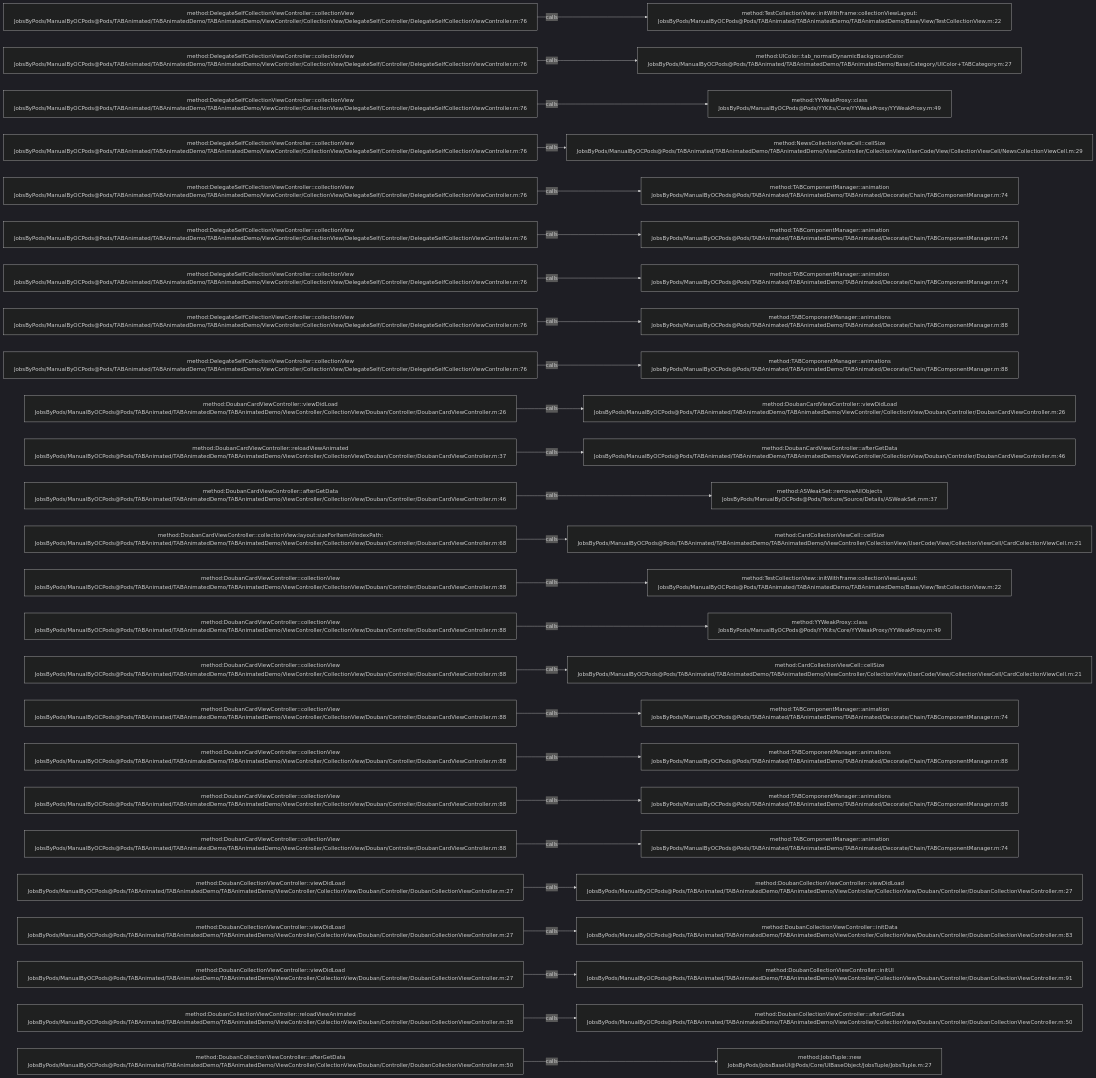
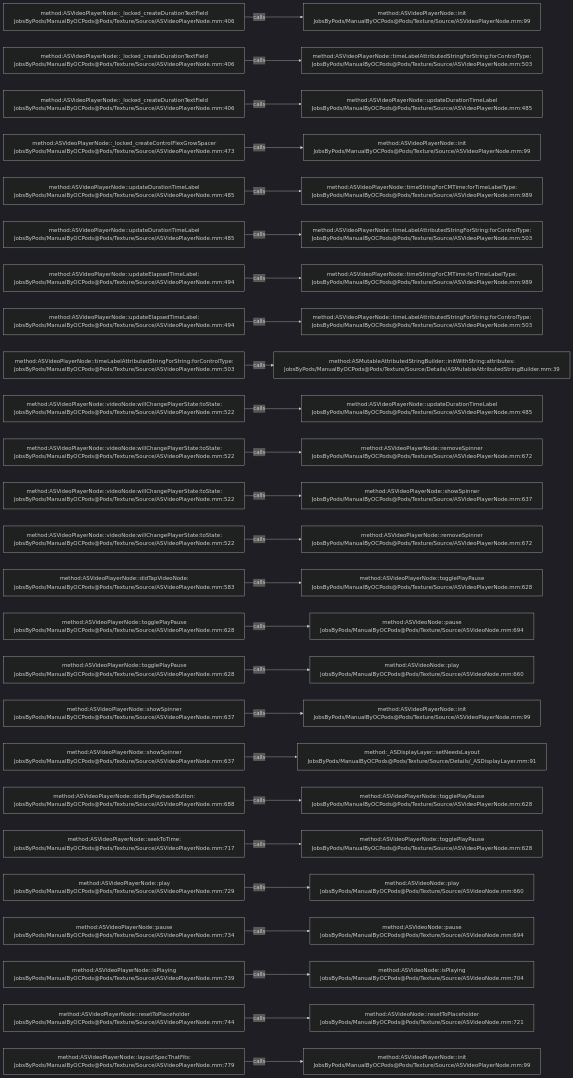
The diagram in .codegraph/codegraph.md/graphs/calls-154.md (JobsKits/JobsOCBaseConfigDemo), drawn with Mermaid (dark theme) before and after one commit. The commit also changed 2162 other files, not shown here.

````diff
--- a/.codegraph/codegraph.md/graphs/calls-154.md
+++ b/.codegraph/codegraph.md/graphs/calls-154.md
@@ -13,78 +13,78 @@
 ```mermaid
 flowchart LR
-  S1["method:DelegateSelfCollectionViewController::collectionView<br/>JobsByPods/ManualByOCPods@Pods/TABAnimated/TABAnimatedDemo/TABAnimatedDemo/ViewController/CollectionView/DelegateSelf/Controller/DelegateSelfCollectionViewController.m:76"]
-  T1["method:TestCollectionView::initWithFrame:collectionViewLayout:<br/>JobsByPods/ManualByOCPods@Pods/TABAnimated/TABAnimatedDemo/TABAnimatedDemo/Base/View/TestCollectionView.m:22"]
+  S1["method:ASVideoPlayerNode::_locked_createDurationTextField<br/>JobsByPods/ManualByOCPods@Pods/Texture/Source/ASVideoPlayerNode.mm:406"]
+  T1["method:ASVideoPlayerNode::init<br/>JobsByPods/ManualByOCPods@Pods/Texture/Source/ASVideoPlayerNode.mm:99"]
   S1 -->|calls| T1
-  S2["method:DelegateSelfCollectionViewController::collectionView<br/>JobsByPods/ManualByOCPods@Pods/TABAnimated/TABAnimatedDemo/TABAnimatedDemo/ViewController/CollectionView/DelegateSelf/Controller/DelegateSelfCollectionViewController.m:76"]
-  T2["method:UIColor::tab_normalDynamicBackgroundColor<br/>JobsByPods/ManualByOCPods@Pods/TABAnimated/TABAnimatedDemo/TABAnimatedDemo/Base/Category/UIColor+TABCategory.m:27"]
+  S2["method:ASVideoPlayerNode::_locked_createDurationTextField<br/>JobsByPods/ManualByOCPods@Pods/Texture/Source/ASVideoPlayerNode.mm:406"]
+  T2["method:ASVideoPlayerNode::timeLabelAttributedStringForString:forControlType:<br/>JobsByPods/ManualByOCPods@Pods/Texture/Source/ASVideoPlayerNode.mm:503"]
   S2 -->|calls| T2
-  S3["method:DelegateSelfCollectionViewController::collectionView<br/>JobsByPods/ManualByOCPods@Pods/TABAnimated/TABAnimatedDemo/TABAnimatedDemo/ViewController/CollectionView/DelegateSelf/Controller/DelegateSelfCollectionViewController.m:76"]
-  T3["method:YYWeakProxy::class<br/>JobsByPods/ManualByOCPods@Pods/YYKits/Core/YYWeakProxy/YYWeakProxy.m:49"]
+  S3["method:ASVideoPlayerNode::_locked_createDurationTextField<br/>JobsByPods/ManualByOCPods@Pods/Texture/Source/ASVideoPlayerNode.mm:406"]
+  T3["method:ASVideoPlayerNode::updateDurationTimeLabel<br/>JobsByPods/ManualByOCPods@Pods/Texture/Source/ASVideoPlayerNode.mm:485"]
   S3 -->|calls| T3
-  S4["method:DelegateSelfCollectionViewController::collectionView<br/>JobsByPods/ManualByOCPods@Pods/TABAnimated/TABAnimatedDemo/TABAnimatedDemo/ViewController/CollectionView/DelegateSelf/Controller/DelegateSelfCollectionViewController.m:76"]
-  T4["method:NewsCollectionViewCell::cellSize<br/>JobsByPods/ManualByOCPods@Pods/TABAnimated/TABAnimatedDemo/TABAnimatedDemo/ViewController/CollectionView/UserCode/View/CollectionViewCell/NewsCollectionViewCell.m:29"]
+  S4["method:ASVideoPlayerNode::_locked_createControlFlexGrowSpacer<br/>JobsByPods/ManualByOCPods@Pods/Texture/Source/ASVideoPlayerNode.mm:473"]
+  T4["method:ASVideoPlayerNode::init<br/>JobsByPods/ManualByOCPods@Pods/Texture/Source/ASVideoPlayerNode.mm:99"]
   S4 -->|calls| T4
-  S5["method:DelegateSelfCollectionViewController::collectionView<br/>JobsByPods/ManualByOCPods@Pods/TABAnimated/TABAnimatedDemo/TABAnimatedDemo/ViewController/CollectionView/DelegateSelf/Controller/DelegateSelfCollectionViewController.m:76"]
-  T5["method:TABComponentManager::animation<br/>JobsByPods/ManualByOCPods@Pods/TABAnimated/TABAnimatedDemo/TABAnimated/Decorate/Chain/TABComponentManager.m:74"]
+  S5["method:ASVideoPlayerNode::updateDurationTimeLabel<br/>JobsByPods/ManualByOCPods@Pods/Texture/Source/ASVideoPlayerNode.mm:485"]
+  T5["method:ASVideoPlayerNode::timeStringForCMTime:forTimeLabelType:<br/>JobsByPods/ManualByOCPods@Pods/Texture/Source/ASVideoPlayerNode.mm:989"]
   S5 -->|calls| T5
-  S6["method:DelegateSelfCollectionViewController::collectionView<br/>JobsByPods/ManualByOCPods@Pods/TABAnimated/TABAnimatedDemo/TABAnimatedDemo/ViewController/CollectionView/DelegateSelf/Controller/DelegateSelfCollectionViewController.m:76"]
-  T6["method:TABComponentManager::animation<br/>JobsByPods/ManualByOCPods@Pods/TABAnimated/TABAnimatedDemo/TABAnimated/Decorate/Chain/TABComponentManager.m:74"]
+  S6["method:ASVideoPlayerNode::updateDurationTimeLabel<br/>JobsByPods/ManualByOCPods@Pods/Texture/Source/ASVideoPlayerNode.mm:485"]
+  T6["method:ASVideoPlayerNode::timeLabelAttributedStringForString:forControlType:<br/>JobsByPods/ManualByOCPods@Pods/Texture/Source/ASVideoPlayerNode.mm:503"]
   S6 -->|calls| T6
-  S7["method:DelegateSelfCollectionViewController::collectionView<br/>JobsByPods/ManualByOCPods@Pods/TABAnimated/TABAnimatedDemo/TABAnimatedDemo/ViewController/CollectionView/DelegateSelf/Controller/DelegateSelfCollectionViewController.m:76"]
-  T7["method:TABComponentManager::animation<br/>JobsByPods/ManualByOCPods@Pods/TABAnimated/TABAnimatedDemo/TABAnimated/Decorate/Chain/TABComponentManager.m:74"]
+  S7["method:ASVideoPlayerNode::updateElapsedTimeLabel:<br/>JobsByPods/ManualByOCPods@Pods/Texture/Source/ASVideoPlayerNode.mm:494"]
+  T7["method:ASVideoPlayerNode::timeStringForCMTime:forTimeLabelType:<br/>JobsByPods/ManualByOCPods@Pods/Texture/Source/ASVideoPlayerNode.mm:989"]
   S7 -->|calls| T7
-  S8["method:DelegateSelfCollectionViewController::collectionView<br/>JobsByPods/ManualByOCPods@Pods/TABAnimated/TABAnimatedDemo/TABAnimatedDemo/ViewController/CollectionView/DelegateSelf/Controller/DelegateSelfCollectionViewController.m:76"]
-  T8["method:TABComponentManager::animations<br/>JobsByPods/ManualByOCPods@Pods/TABAnimated/TABAnimatedDemo/TABAnimated/Decorate/Chain/TABComponentManager.m:88"]
+  S8["method:ASVideoPlayerNode::updateElapsedTimeLabel:<br/>JobsByPods/ManualByOCPods@Pods/Texture/Source/ASVideoPlayerNode.mm:494"]
+  T8["method:ASVideoPlayerNode::timeLabelAttributedStringForString:forControlType:<br/>JobsByPods/ManualByOCPods@Pods/Texture/Source/ASVideoPlayerNode.mm:503"]
   S8 -->|calls| T8
-  S9["method:DelegateSelfCollectionViewController::collectionView<br/>JobsByPods/ManualByOCPods@Pods/TABAnimated/TABAnimatedDemo/TABAnimatedDemo/ViewController/CollectionView/DelegateSelf/Controller/DelegateSelfCollectionViewController.m:76"]
-  T9["method:TABComponentManager::animations<br/>JobsByPods/ManualByOCPods@Pods/TABAnimated/TABAnimatedDemo/TABAnimated/Decorate/Chain/TABComponentManager.m:88"]
+  S9["method:ASVideoPlayerNode::timeLabelAttributedStringForString:forControlType:<br/>JobsByPods/ManualByOCPods@Pods/Texture/Source/ASVideoPlayerNode.mm:503"]
+  T9["method:ASMutableAttributedStringBuilder::initWithString:attributes:<br/>JobsByPods/ManualByOCPods@Pods/Texture/Source/Details/ASMutableAttributedStringBuilder.mm:39"]
   S9 -->|calls| T9
-  S10["method:DoubanCardViewController::viewDidLoad<br/>JobsByPods/ManualByOCPods@Pods/TABAnimated/TABAnimatedDemo/TABAnimatedDemo/ViewController/CollectionView/Douban/Controller/DoubanCardViewController.m:26"]
-  T10["method:DoubanCardViewController::viewDidLoad<br/>JobsByPods/ManualByOCPods@Pods/TABAnimated/TABAnimatedDemo/TABAnimatedDemo/ViewController/CollectionView/Douban/Controller/DoubanCardViewController.m:26"]
+  S10["method:ASVideoPlayerNode::videoNode:willChangePlayerState:toState:<br/>JobsByPods/ManualByOCPods@Pods/Texture/Source/ASVideoPlayerNode.mm:522"]
+  T10["method:ASVideoPlayerNode::updateDurationTimeLabel<br/>JobsByPods/ManualByOCPods@Pods/Texture/Source/ASVideoPlayerNode.mm:485"]
   S10 -->|calls| T10
-  S11["method:DoubanCardViewController::reloadViewAnimated<br/>JobsByPods/ManualByOCPods@Pods/TABAnimated/TABAnimatedDemo/TABAnimatedDemo/ViewController/CollectionView/Douban/Controller/DoubanCardViewController.m:37"]
-  T11["method:DoubanCardViewController::afterGetData<br/>JobsByPods/ManualByOCPods@Pods/TABAnimated/TABAnimatedDemo/TABAnimatedDemo/ViewController/CollectionView/Douban/Controller/DoubanCardViewController.m:46"]
+  S11["method:ASVideoPlayerNode::videoNode:willChangePlayerState:toState:<br/>JobsByPods/ManualByOCPods@Pods/Texture/Source/ASVideoPlayerNode.mm:522"]
+  T11["method:ASVideoPlayerNode::removeSpinner<br/>JobsByPods/ManualByOCPods@Pods/Texture/Source/ASVideoPlayerNode.mm:672"]
   S11 -->|calls| T11
-  S12["method:DoubanCardViewController::afterGetData<br/>JobsByPods/ManualByOCPods@Pods/TABAnimated/TABAnimatedDemo/TABAnimatedDemo/ViewController/CollectionView/Douban/Controller/DoubanCardViewController.m:46"]
-  T12["method:ASWeakSet::removeAllObjects<br/>JobsByPods/ManualByOCPods@Pods/Texture/Source/Details/ASWeakSet.mm:37"]
+  S12["method:ASVideoPlayerNode::videoNode:willChangePlayerState:toState:<br/>JobsByPods/ManualByOCPods@Pods/Texture/Source/ASVideoPlayerNode.mm:522"]
+  T12["method:ASVideoPlayerNode::showSpinner<br/>JobsByPods/ManualByOCPods@Pods/Texture/Source/ASVideoPlayerNode.mm:637"]
   S12 -->|calls| T12
-  S13["method:DoubanCardViewController::collectionView:layout:sizeForItemAtIndexPath:<br/>JobsByPods/ManualByOCPods@Pods/TABAnimated/TABAnimatedDemo/TABAnimatedDemo/ViewController/CollectionView/Douban/Controller/DoubanCardViewController.m:68"]
-  T13["method:CardCollectionViewCell::cellSize<br/>JobsByPods/ManualByOCPods@Pods/TABAnimated/TABAnimatedDemo/TABAnimatedDemo/ViewController/CollectionView/UserCode/View/CollectionViewCell/CardCollectionViewCell.m:21"]
+  S13["method:ASVideoPlayerNode::videoNode:willChangePlayerState:toState:<br/>JobsByPods/ManualByOCPods@Pods/Texture/Source/ASVideoPlayerNode.mm:522"]
+  T13["method:ASVideoPlayerNode::removeSpinner<br/>JobsByPods/ManualByOCPods@Pods/Texture/Source/ASVideoPlayerNode.mm:672"]
   S13 -->|calls| T13
-  S14["method:DoubanCardViewController::collectionView<br/>JobsByPods/ManualByOCPods@Pods/TABAnimated/TABAnimatedDemo/TABAnimatedDemo/ViewController/CollectionView/Douban/Controller/DoubanCardViewController.m:88"]
-  T14["method:TestCollectionView::initWithFrame:collectionViewLayout:<br/>JobsByPods/ManualByOCPods@Pods/TABAnimated/TABAnimatedDemo/TABAnimatedDemo/Base/View/TestCollectionView.m:22"]
+  S14["method:ASVideoPlayerNode::didTapVideoNode:<br/>JobsByPods/ManualByOCPods@Pods/Texture/Source/ASVideoPlayerNode.mm:583"]
+  T14["method:ASVideoPlayerNode::togglePlayPause<br/>JobsByPods/ManualByOCPods@Pods/Texture/Source/ASVideoPlayerNode.mm:628"]
   S14 -->|calls| T14
-  S15["method:DoubanCardViewController::collectionView<br/>JobsByPods/ManualByOCPods@Pods/TABAnimated/TABAnimatedDemo/TABAnimatedDemo/ViewController/CollectionView/Douban/Controller/DoubanCardViewController.m:88"]
-  T15["method:YYWeakProxy::class<br/>JobsByPods/ManualByOCPods@Pods/YYKits/Core/YYWeakProxy/YYWeakProxy.m:49"]
+  S15["method:ASVideoPlayerNode::togglePlayPause<br/>JobsByPods/ManualByOCPods@Pods/Texture/Source/ASVideoPlayerNode.mm:628"]
+  T15["method:ASVideoNode::pause<br/>JobsByPods/ManualByOCPods@Pods/Texture/Source/ASVideoNode.mm:694"]
   S15 -->|calls| T15
-  S16["method:DoubanCardViewController::collectionView<br/>JobsByPods/ManualByOCPods@Pods/TABAnimated/TABAnimatedDemo/TABAnimatedDemo/ViewController/CollectionView/Douban/Controller/DoubanCardViewController.m:88"]
-  T16["method:CardCollectionViewCell::cellSize<br/>JobsByPods/ManualByOCPods@Pods/TABAnimated/TABAnimatedDemo/TABAnimatedDemo/ViewController/CollectionView/UserCode/View/CollectionViewCell/CardCollectionViewCell.m:21"]
+  S16["method:ASVideoPlayerNode::togglePlayPause<br/>JobsByPods/ManualByOCPods@Pods/Texture/Source/ASVideoPlayerNode.mm:628"]
+  T16["method:ASVideoNode::play<br/>JobsByPods/ManualByOCPods@Pods/Texture/Source/ASVideoNode.mm:660"]
   S16 -->|calls| T16
-  S17["method:DoubanCardViewController::collectionView<br/>JobsByPods/ManualByOCPods@Pods/TABAnimated/TABAnimatedDemo/TABAnimatedDemo/ViewController/CollectionView/Douban/Controller/DoubanCardViewController.m:88"]
-  T17["method:TABComponentManager::animation<br/>JobsByPods/ManualByOCPods@Pods/TABAnimated/TABAnimatedDemo/TABAnimated/Decorate/Chain/TABComponentManager.m:74"]
+  S17["method:ASVideoPlayerNode::showSpinner<br/>JobsByPods/ManualByOCPods@Pods/Texture/Source/ASVideoPlayerNode.mm:637"]
+  T17["method:ASVideoPlayerNode::init<br/>JobsByPods/ManualByOCPods@Pods/Texture/Source/ASVideoPlayerNode.mm:99"]
   S17 -->|calls| T17
-  S18["method:DoubanCardViewController::collectionView<br/>JobsByPods/ManualByOCPods@Pods/TABAnimated/TABAnimatedDemo/TABAnimatedDemo/ViewController/CollectionView/Douban/Controller/DoubanCardViewController.m:88"]
-  T18["method:TABComponentManager::animations<br/>JobsByPods/ManualByOCPods@Pods/TABAnimated/TABAnimatedDemo/TABAnimated/Decorate/Chain/TABComponentManager.m:88"]
+  S18["method:ASVideoPlayerNode::showSpinner<br/>JobsByPods/ManualByOCPods@Pods/Texture/Source/ASVideoPlayerNode.mm:637"]
+  T18["method:_ASDisplayLayer::setNeedsLayout<br/>JobsByPods/ManualByOCPods@Pods/Texture/Source/Details/_ASDisplayLayer.mm:91"]
   S18 -->|calls| T18
-  S19["method:DoubanCardViewController::collectionView<br/>JobsByPods/ManualByOCPods@Pods/TABAnimated/TABAnimatedDemo/TABAnimatedDemo/ViewController/CollectionView/Douban/Controller/DoubanCardViewController.m:88"]
-  T19["method:TABComponentManager::animations<br/>JobsByPods/ManualByOCPods@Pods/TABAnimated/TABAnimatedDemo/TABAnimated/Decorate/Chain/TABComponentManager.m:88"]
+  S19["method:ASVideoPlayerNode::didTapPlaybackButton:<br/>JobsByPods/ManualByOCPods@Pods/Texture/Source/ASVideoPlayerNode.mm:688"]
+  T19["method:ASVideoPlayerNode::togglePlayPause<br/>JobsByPods/ManualByOCPods@Pods/Texture/Source/ASVideoPlayerNode.mm:628"]
   S19 -->|calls| T19
-  S20["method:DoubanCardViewController::collectionView<br/>JobsByPods/ManualByOCPods@Pods/TABAnimated/TABAnimatedDemo/TABAnimatedDemo/ViewController/CollectionView/Douban/Controller/DoubanCardViewController.m:88"]
-  T20["method:TABComponentManager::animation<br/>JobsByPods/ManualByOCPods@Pods/TABAnimated/TABAnimatedDemo/TABAnimated/Decorate/Chain/TABComponentManager.m:74"]
+  S20["method:ASVideoPlayerNode::seekToTime:<br/>JobsByPods/ManualByOCPods@Pods/Texture/Source/ASVideoPlayerNode.mm:717"]
+  T20["method:ASVideoPlayerNode::togglePlayPause<br/>JobsByPods/ManualByOCPods@Pods/Texture/Source/ASVideoPlayerNode.mm:628"]
   S20 -->|calls| T20
-  S21["method:DoubanCollectionViewController::viewDidLoad<br/>JobsByPods/ManualByOCPods@Pods/TABAnimated/TABAnimatedDemo/TABAnimatedDemo/ViewController/CollectionView/Douban/Controller/DoubanCollectionViewController.m:27"]
-  T21["method:DoubanCollectionViewController::viewDidLoad<br/>JobsByPods/ManualByOCPods@Pods/TABAnimated/TABAnimatedDemo/TABAnimatedDemo/ViewController/CollectionView/Douban/Controller/DoubanCollectionViewController.m:27"]
+  S21["method:ASVideoPlayerNode::play<br/>JobsByPods/ManualByOCPods@Pods/Texture/Source/ASVideoPlayerNode.mm:729"]
+  T21["method:ASVideoNode::play<br/>JobsByPods/ManualByOCPods@Pods/Texture/Source/ASVideoNode.mm:660"]
   S21 -->|calls| T21
-  S22["method:DoubanCollectionViewController::viewDidLoad<br/>JobsByPods/ManualByOCPods@Pods/TABAnimated/TABAnimatedDemo/TABAnimatedDemo/ViewController/CollectionView/Douban/Controller/DoubanCollectionViewController.m:27"]
-  T22["method:DoubanCollectionViewController::initData<br/>JobsByPods/ManualByOCPods@Pods/TABAnimated/TABAnimatedDemo/TABAnimatedDemo/ViewController/CollectionView/Douban/Controller/DoubanCollectionViewController.m:83"]
+  S22["method:ASVideoPlayerNode::pause<br/>JobsByPods/ManualByOCPods@Pods/Texture/Source/ASVideoPlayerNode.mm:734"]
+  T22["method:ASVideoNode::pause<br/>JobsByPods/ManualByOCPods@Pods/Texture/Source/ASVideoNode.mm:694"]
   S22 -->|calls| T22
-  S23["method:DoubanCollectionViewController::viewDidLoad<br/>JobsByPods/ManualByOCPods@Pods/TABAnimated/TABAnimatedDemo/TABAnimatedDemo/ViewController/CollectionView/Douban/Controller/DoubanCollectionViewController.m:27"]
-  T23["method:DoubanCollectionViewController::initUI<br/>JobsByPods/ManualByOCPods@Pods/TABAnimated/TABAnimatedDemo/TABAnimatedDemo/ViewController/CollectionView/Douban/Controller/DoubanCollectionViewController.m:91"]
+  S23["method:ASVideoPlayerNode::isPlaying<br/>JobsByPods/ManualByOCPods@Pods/Texture/Source/ASVideoPlayerNode.mm:739"]
+  T23["method:ASVideoNode::isPlaying<br/>JobsByPods/ManualByOCPods@Pods/Texture/Source/ASVideoNode.mm:704"]
   S23 -->|calls| T23
-  S24["method:DoubanCollectionViewController::reloadViewAnimated<br/>JobsByPods/ManualByOCPods@Pods/TABAnimated/TABAnimatedDemo/TABAnimatedDemo/ViewController/CollectionView/Douban/Controller/DoubanCollectionViewController.m:38"]
-  T24["method:DoubanCollectionViewController::afterGetData<br/>JobsByPods/ManualByOCPods@Pods/TABAnimated/TABAnimatedDemo/TABAnimatedDemo/ViewController/CollectionView/Douban/Controller/DoubanCollectionViewController.m:50"]
+  S24["method:ASVideoPlayerNode::resetToPlaceholder<br/>JobsByPods/ManualByOCPods@Pods/Texture/Source/ASVideoPlayerNode.mm:744"]
+  T24["method:ASVideoNode::resetToPlaceholder<br/>JobsByPods/ManualByOCPods@Pods/Texture/Source/ASVideoNode.mm:721"]
   S24 -->|calls| T24
-  S25["method:DoubanCollectionViewController::afterGetData<br/>JobsByPods/ManualByOCPods@Pods/TABAnimated/TABAnimatedDemo/TABAnimatedDemo/ViewController/CollectionView/Douban/Controller/DoubanCollectionViewController.m:50"]
-  T25["method:JobsTuple::new<br/>JobsByPods/JobsBaseUI@Pods/Core/UIBaseObject/JobsTuple/JobsTuple.m:27"]
+  S25["method:ASVideoPlayerNode::layoutSpecThatFits:<br/>JobsByPods/ManualByOCPods@Pods/Texture/Source/ASVideoPlayerNode.mm:779"]
+  T25["method:ASVideoPlayerNode::init<br/>JobsByPods/ManualByOCPods@Pods/Texture/Source/ASVideoPlayerNode.mm:99"]
   S25 -->|calls| T25
 ```
````
